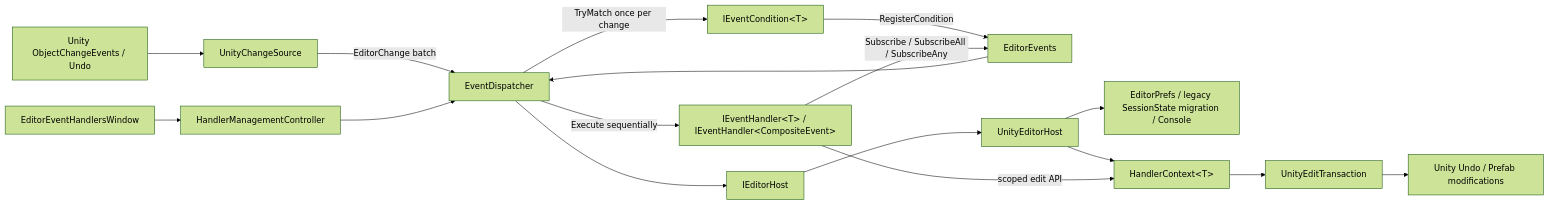
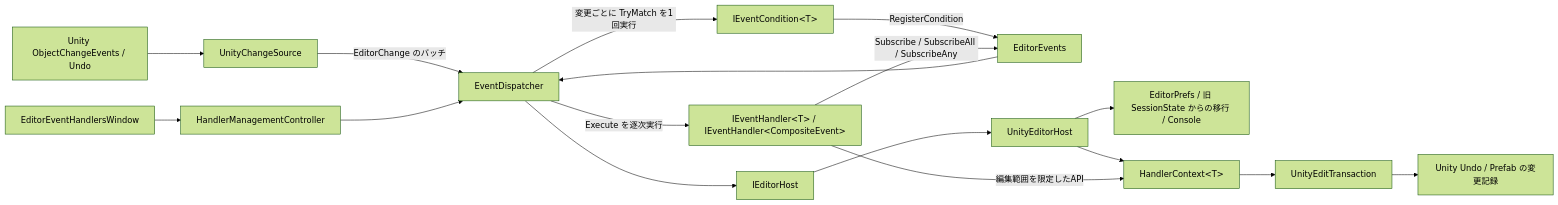
The first of 3 diagrams in docs/ARCHITECTURE.md (MerciaGrimauge/unity-editor-event-handlers), drawn with Mermaid (forest theme) before and after one commit. The commit also changed other lines of this file and 35 other files, not shown here.

````diff
--- a/docs/ARCHITECTURE.md
+++ b/docs/ARCHITECTURE.md
@@ -5,19 +5,19 @@
 ```mermaid
 flowchart LR
     Unity[Unity ObjectChangeEvents / Undo] --> Source[UnityChangeSource]
-    Source -->|EditorChange batch| Dispatcher[EventDispatcher]
+    Source -->|EditorChange のバッチ| Dispatcher[EventDispatcher]
     Provider[IEventCondition&lt;T&gt;] -->|RegisterCondition| Facade[EditorEvents]
     Handler[IEventHandler&lt;T&gt; / IEventHandler&lt;CompositeEvent&gt;] -->|Subscribe / SubscribeAll / SubscribeAny| Facade
     Facade --> Dispatcher
-    Dispatcher -->|TryMatch once per change| Provider
-    Dispatcher -->|Execute sequentially| Handler
+    Dispatcher -->|変更ごとに TryMatch を1回実行| Provider
+    Dispatcher -->|Execute を逐次実行| Handler
     Dispatcher --> Host[IEditorHost]
     Host --> UnityHost[UnityEditorHost]
-    UnityHost --> Settings[EditorPrefs / legacy SessionState migration / Console]
+    UnityHost --> Settings[EditorPrefs / 旧 SessionState からの移行 / Console]
     UnityHost --> Context[HandlerContext&lt;T&gt;]
-    Handler -->|scoped edit API| Context
+    Handler -->|編集範囲を限定したAPI| Context
     Context --> Transaction[UnityEditTransaction]
-    Transaction --> Undo[Unity Undo / Prefab modifications]
+    Transaction --> Undo[Unity Undo / Prefab の変更記録]
     UI[EditorEventHandlersWindow] --> Controller[HandlerManagementController]
     Controller --> Dispatcher
 ```
````
